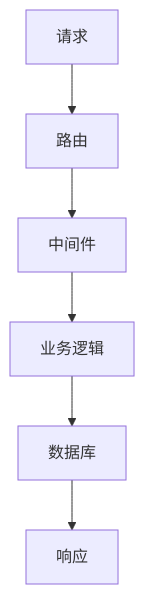
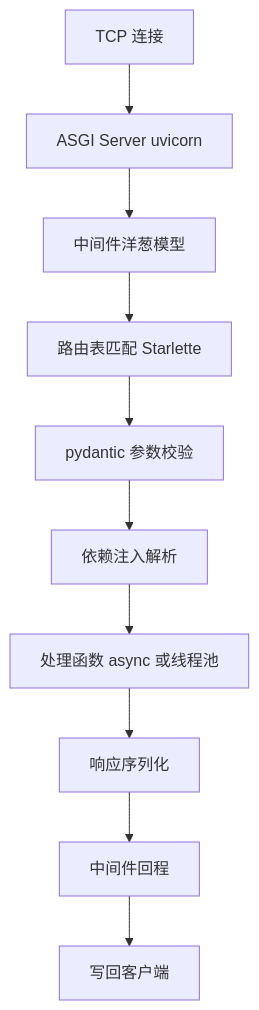
One commit to xiaobo1997/programmer-knowledge-graph changed the second of 4 diagrams in docs/backend/python/use-python/专题层/Python企业级微服务/1_异步Web服务实战-专题.md. Above: the diagram before and after it, drawn with Mermaid. The commit also changed other lines of this file and 56 other files, not shown here.

````diff
--- a/docs/backend/python/use-python/专题层/Python企业级微服务/1_异步Web服务实战-专题.md
+++ b/docs/backend/python/use-python/专题层/Python企业级微服务/1_异步Web服务实战-专题.md
@@ -19,8 +74,12 @@
 ```mermaid
 graph TD
-    A[请求] --> B[路由]
-    B --> C[中间件]
-    C --> D[业务逻辑]
-    D --> E[数据库]
-    E --> F[响应]
+    A[TCP 连接] --> B[ASGI Server uvicorn]
+    B --> C[中间件洋葱模型]
+    C --> D[路由表匹配 Starlette]
+    D --> E[pydantic 参数校验]
+    E --> F[依赖注入解析]
+    F --> G[处理函数 async 或线程池]
+    G --> H[响应序列化]
+    H --> I[中间件回程]
+    I --> J[写回客户端]
 ```
````
